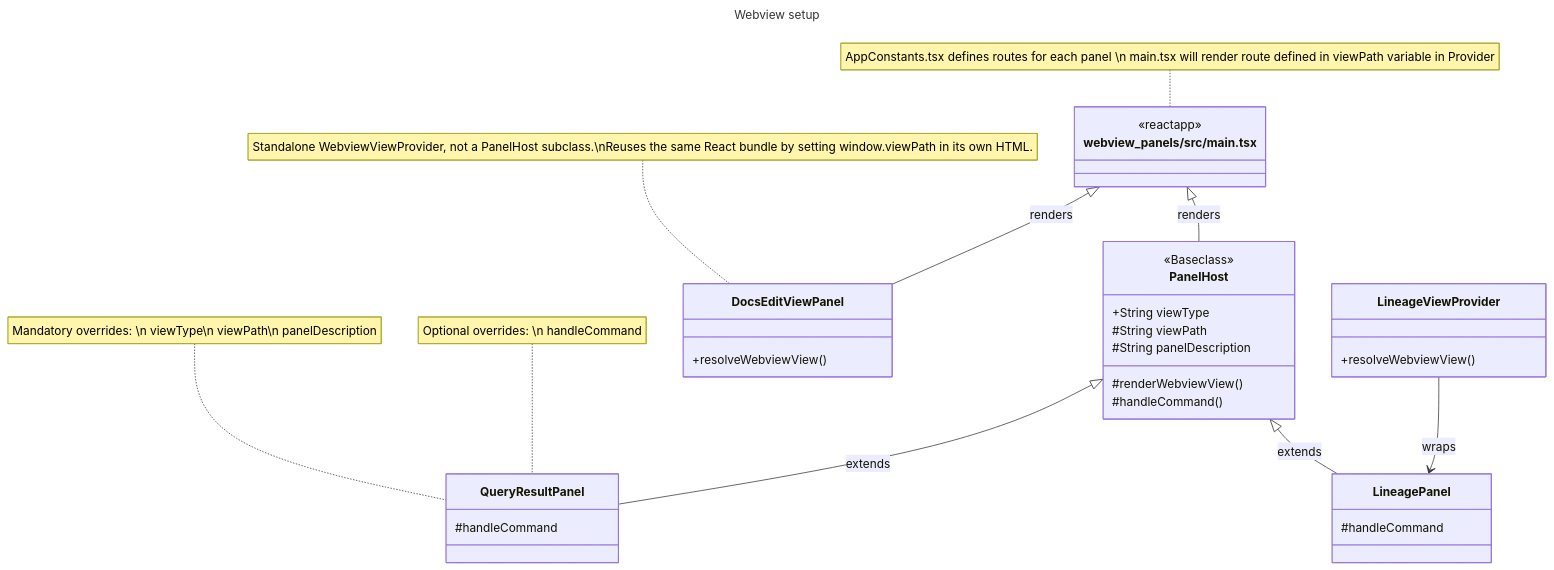
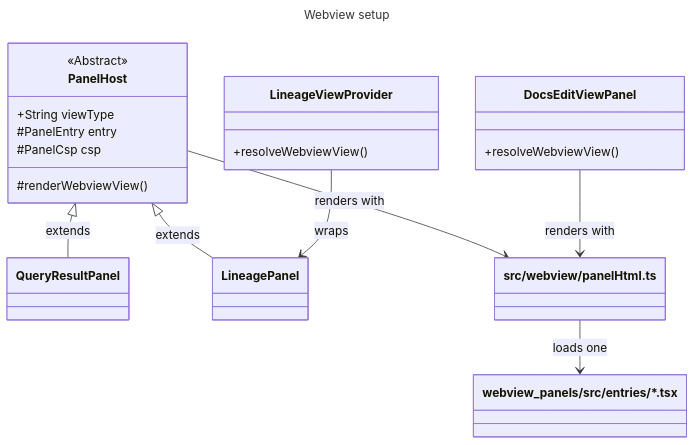
One commit to danielchawkins/vscode-dbt-power-user changed the diagram in webview_panels/README.md. Above: the diagram before and after it, drawn with Mermaid. The commit also changed other lines of this file and 77 other files, not shown here.

First line of the commit message:
refactor: one panel host, one CSP, one entry per panel (#207)

````diff
--- a/webview_panels/README.md
+++ b/webview_panels/README.md
@@ -5,47 +5,36 @@
 ```mermaid
 ---
 title: Webview setup
 ---
 classDiagram
     PanelHost <|-- QueryResultPanel : extends
     PanelHost <|-- LineagePanel : extends
-    <<Baseclass>> PanelHost
+    <<Abstract>> PanelHost
 
-    note for QueryResultPanel "Mandatory overrides: \n viewType\n viewPath\n panelDescription"
-    note for QueryResultPanel "Optional overrides: \n handleCommand"
     PanelHost : +String viewType
-    PanelHost : #String viewPath
-    PanelHost : #String panelDescription
+    PanelHost : #PanelEntry entry
+    PanelHost : #PanelCsp csp
     PanelHost: #renderWebviewView()
-    PanelHost: #handleCommand()
-    class QueryResultPanel{
-      #handleCommand
-    }
-    class LineagePanel{
-      #handleCommand
-    }
     class LineageViewProvider{
       +resolveWebviewView()
     }
     LineageViewProvider --> LineagePanel : wraps
 
     class DocsEditViewPanel{
       +resolveWebviewView()
     }
-    note for DocsEditViewPanel "Standalone WebviewViewProvider, not a PanelHost subclass.\nReuses the same React bundle by setting window.viewPath in its own HTML."
 
-    class Webview_panels["webview_panels/src/main.tsx"]
-    Webview_panels <|-- PanelHost : renders
-    Webview_panels <|-- DocsEditViewPanel : renders
-    <<reactapp>> Webview_panels
-    note for Webview_panels "AppConstants.tsx defines routes for each panel \n main.tsx will render route defined in viewPath variable in Provider"
+    class panelHtml["src/webview/panelHtml.ts"]
+    PanelHost --> panelHtml : renders with
+    DocsEditViewPanel --> panelHtml : renders with
 
+    class Entries["webview_panels/src/entries/*.tsx"]
+    panelHtml --> Entries : loads one
 
     click PanelHost href "../src/webview/panelHost.ts" ""
     click QueryResultPanel href "../src/features/queryResults/queryResultPanel.ts" ""
     click LineagePanel href "../src/features/lineage/lineagePanel.ts" ""
     click LineageViewProvider href "../src/features/lineage/lineageViewProvider.ts" ""
     click DocsEditViewPanel href "../src/features/docs/docsEditPanel.ts" ""
-    click Webview_panels href "./src/main.tsx" ""
-
+    click panelHtml href "../src/webview/panelHtml.ts" ""
 ```
````
